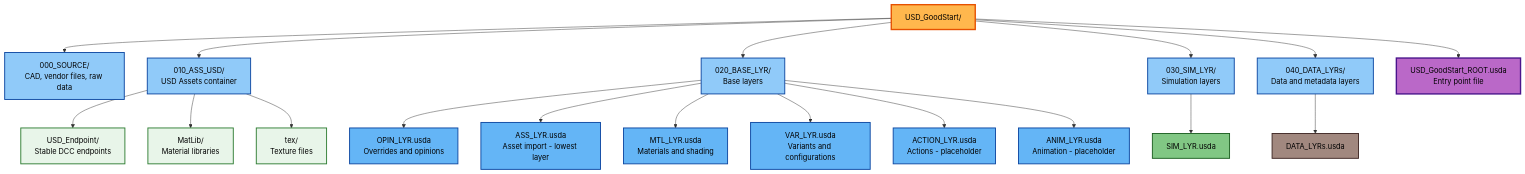
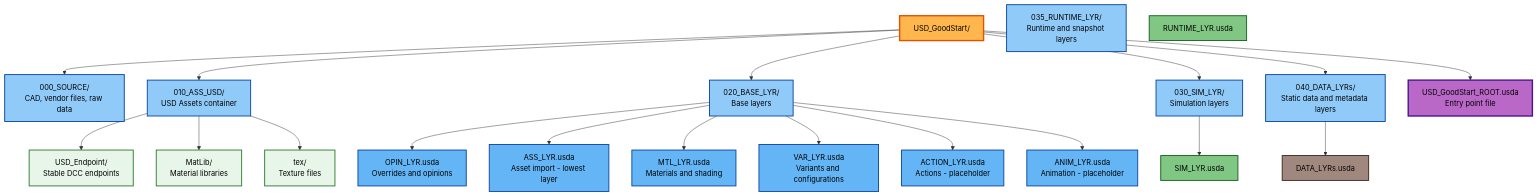
Diagram 14 of 17 in WIP_Docs/OpenUSD_Best_Practices_Guide (17).md (jph2/USD_GoodStart), drawn with Mermaid before and after one commit. The commit also changed other lines of this file and 17 other files, not shown here.

Commit message:
Add runtime layer and fix unit-scaled starter scene

````diff
--- a/WIP_Docs/OpenUSD_Best_Practices_Guide (17).md
+++ b/WIP_Docs/OpenUSD_Best_Practices_Guide (17).md
@@ -3485,52 +3502,54 @@
 ```mermaid
 flowchart TD
     Root["USD_GoodStart/"]:::root
     Source["000_SOURCE/<br/>CAD, vendor files, raw data"]:::folder
     Assets["010_ASS_USD/<br/>USD Assets container"]:::folder
     Endpoint["USD_Endpoint/<br/>Stable DCC endpoints"]:::subfolder
     MatLib["MatLib/<br/>Material libraries"]:::subfolder
     Tex["tex/<br/>Texture files"]:::subfolder
     BaseLyr["020_BASE_LYR/<br/>Base layers"]:::folder
     Sim["030_SIM_LYR/<br/>Simulation layers"]:::folder
-    Data["040_DATA_LYRs/<br/>Data and metadata layers"]:::folder
+    Runtime["035_RUNTIME_LYR/<br/>Runtime and snapshot layers"]:::folder
+    Data["040_DATA_LYRs/<br/>Static data and metadata layers"]:::folder
     RootFile["USD_GoodStart_ROOT.usda<br/>Entry point file"]:::usd
     
     SimLayer["SIM_LYR.usda"]:::simlayer
+    RuntimeLayer["RUNTIME_LYR.usda"]:::simlayer
     DataLayer["DATA_LYRs.usda"]:::datalayer
     
     OpinLayer["OPIN_LYR.usda<br/>Overrides and opinions"]:::layer
     AssLayer["ASS_LYR.usda<br/>Asset import - lowest layer"]:::layer
     MtlLayer["MTL_LYR.usda<br/>Materials and shading"]:::layer
     VarLayer["VAR_LYR.usda<br/>Variants and configurations"]:::layer
     ActionLayer["ACTION_LYR.usda<br/>Actions - placeholder"]:::layer
     AnimLayer["ANIM_LYR.usda<br/>Animation - placeholder"]:::layer
     
     Root --> Source
     Root --> Assets
     Root --> BaseLyr
     Root --> Sim
     Root --> Data
     Root --> RootFile
     
     Assets --> Endpoint
     Assets --> MatLib
     Assets --> Tex
     
     Sim --> SimLayer
     Data --> DataLayer
     
     BaseLyr --> OpinLayer
     BaseLyr --> AssLayer
     BaseLyr --> MtlLayer
     BaseLyr --> VarLayer
     BaseLyr --> ActionLayer
     BaseLyr --> AnimLayer
     
     classDef root fill:#ffb74d,stroke:#e65100,stroke-width:3px,color:#000
     classDef folder fill:#90caf9,stroke:#0d47a1,stroke-width:2px,color:#000
     classDef subfolder fill:#e8f5e9,stroke:#2e7d32,stroke-width:2px,color:#000
     classDef usd fill:#ba68c8,stroke:#4a148c,stroke-width:3px,color:#000
     classDef layer fill:#64b5f6,stroke:#0d47a1,stroke-width:2px,color:#000
     classDef simlayer fill:#81c784,stroke:#1b5e20,stroke-width:2px,color:#000
     classDef datalayer fill:#a1887f,stroke:#3e2723,stroke-width:2px,color:#000
 ```
````
